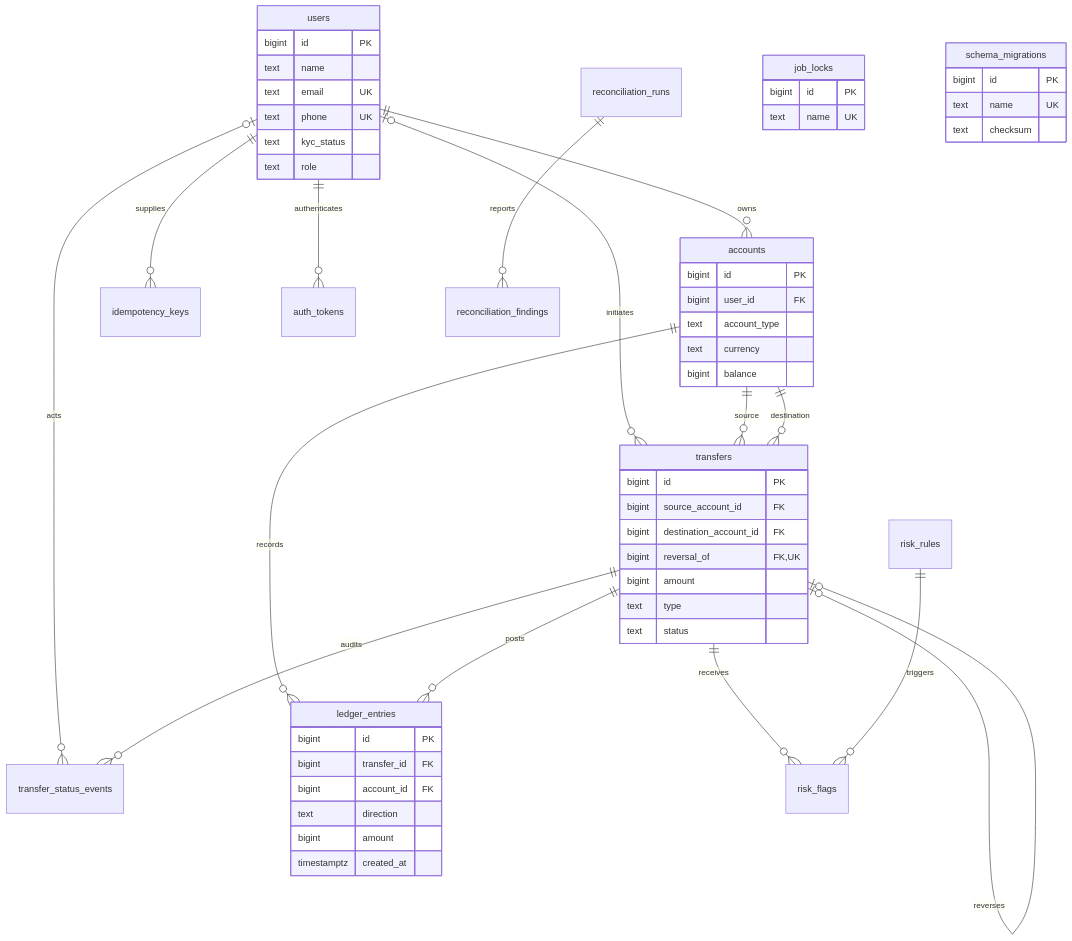
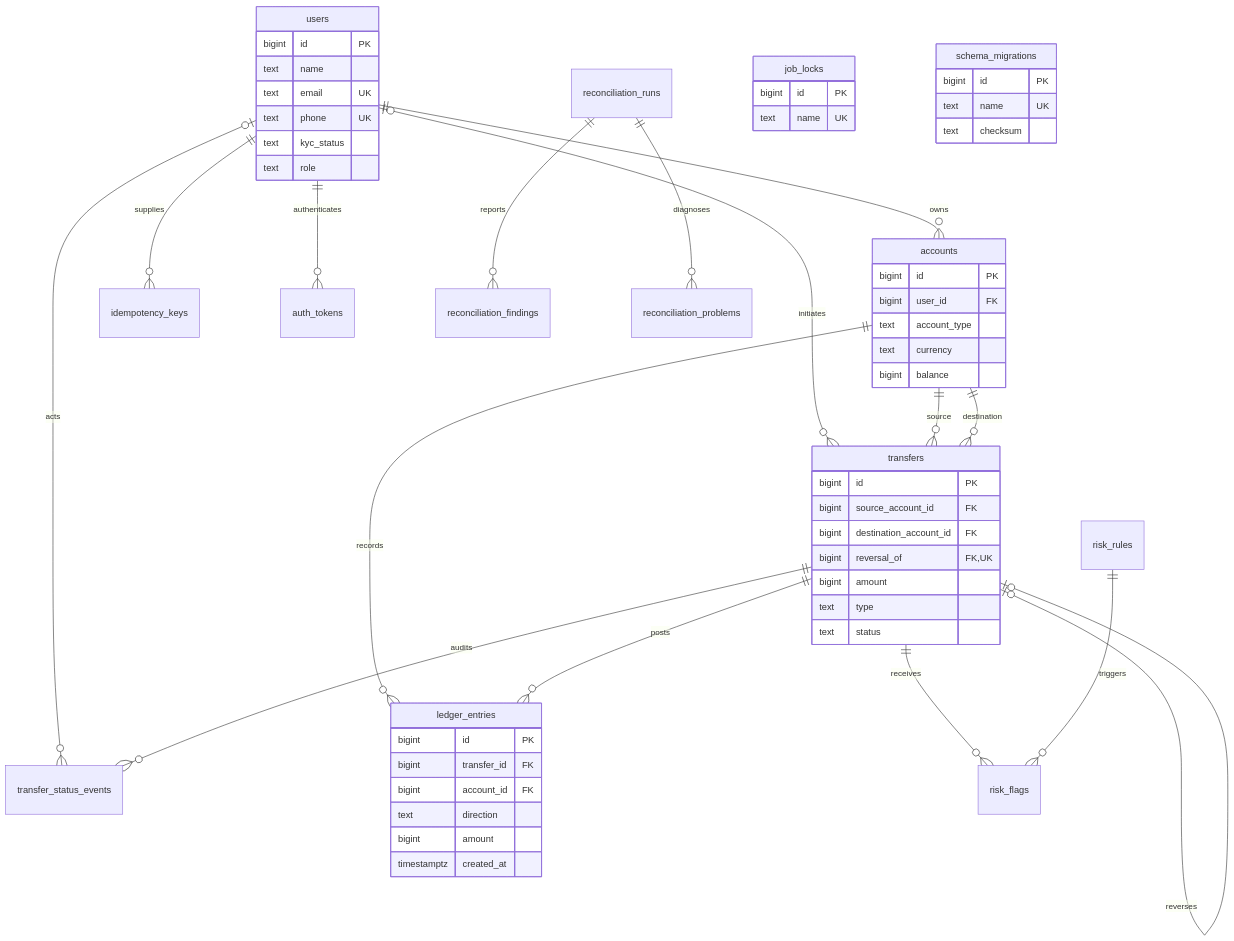
One commit to baigny/Payments-Grade-Wallet-Ledger changed the diagram in docs/schema.md. Above: the diagram before and after it, drawn with Mermaid. The commit also changed other lines of this file and 11 other files, not shown here.

````diff
--- a/docs/schema.md
+++ b/docs/schema.md
@@ -53,58 +54,59 @@
 ```mermaid
 erDiagram
     users ||--o{ accounts : owns
     users o|--o{ transfers : initiates
     users ||--o{ idempotency_keys : supplies
     users ||--o{ auth_tokens : authenticates
     users o|--o{ transfer_status_events : acts
     accounts ||--o{ transfers : source
     accounts ||--o{ transfers : destination
     accounts ||--o{ ledger_entries : records
     transfers ||--o{ ledger_entries : posts
     transfers ||--o{ transfer_status_events : audits
     transfers o|--o| transfers : reverses
     transfers ||--o{ risk_flags : receives
     risk_rules ||--o{ risk_flags : triggers
     reconciliation_runs ||--o{ reconciliation_findings : reports
+    reconciliation_runs ||--o{ reconciliation_problems : diagnoses
     users {
         bigint id PK
         text name
         text email UK
         text phone UK
         text kyc_status
         text role
     }
     accounts {
         bigint id PK
         bigint user_id FK
         text account_type
         text currency
         bigint balance
     }
     transfers {
         bigint id PK
         bigint source_account_id FK
         bigint destination_account_id FK
         bigint reversal_of FK,UK
         bigint amount
         text type
         text status
     }
     ledger_entries {
         bigint id PK
         bigint transfer_id FK
         bigint account_id FK
         text direction
         bigint amount
         timestamptz created_at
     }
     job_locks {
         bigint id PK
         text name UK
     }
     schema_migrations {
         bigint id PK
         text name UK
         text checksum
     }
 ```
````
